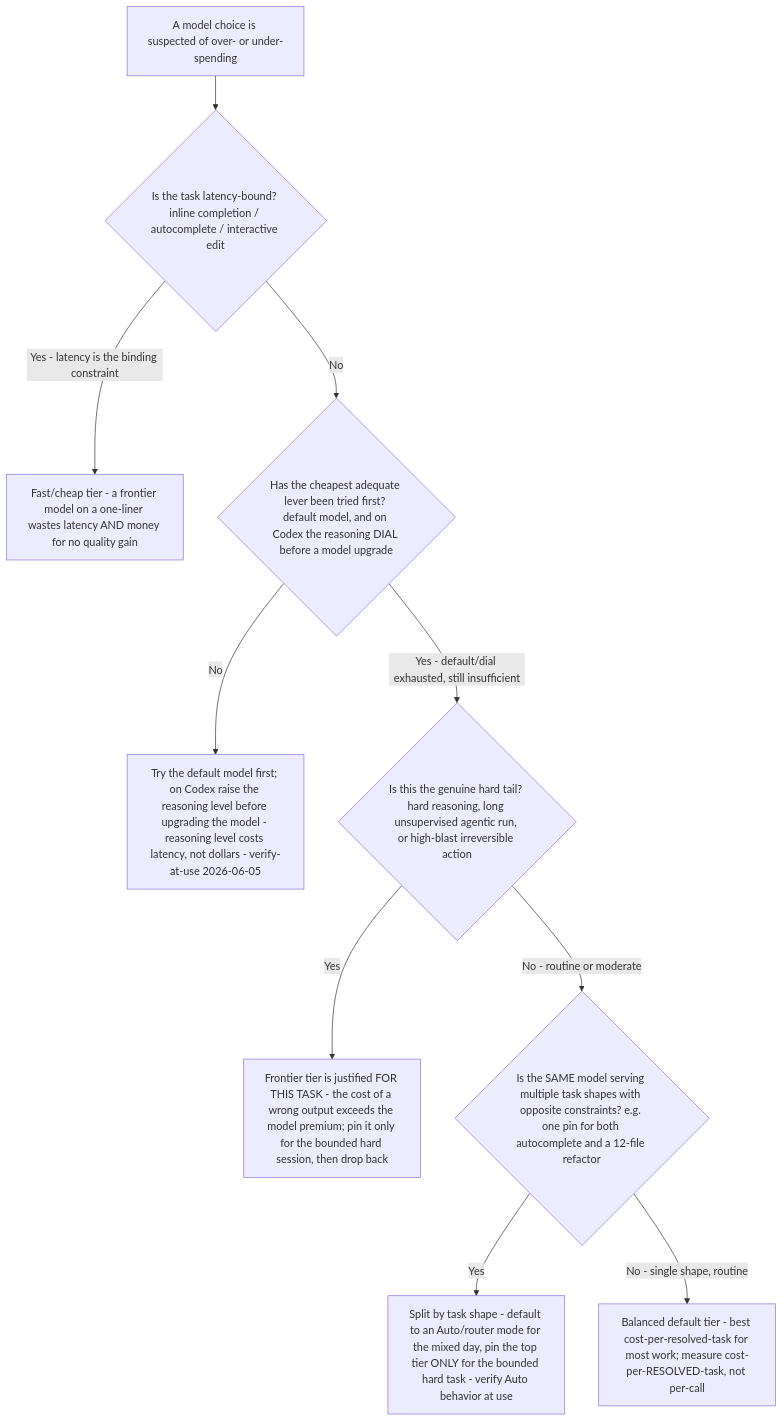
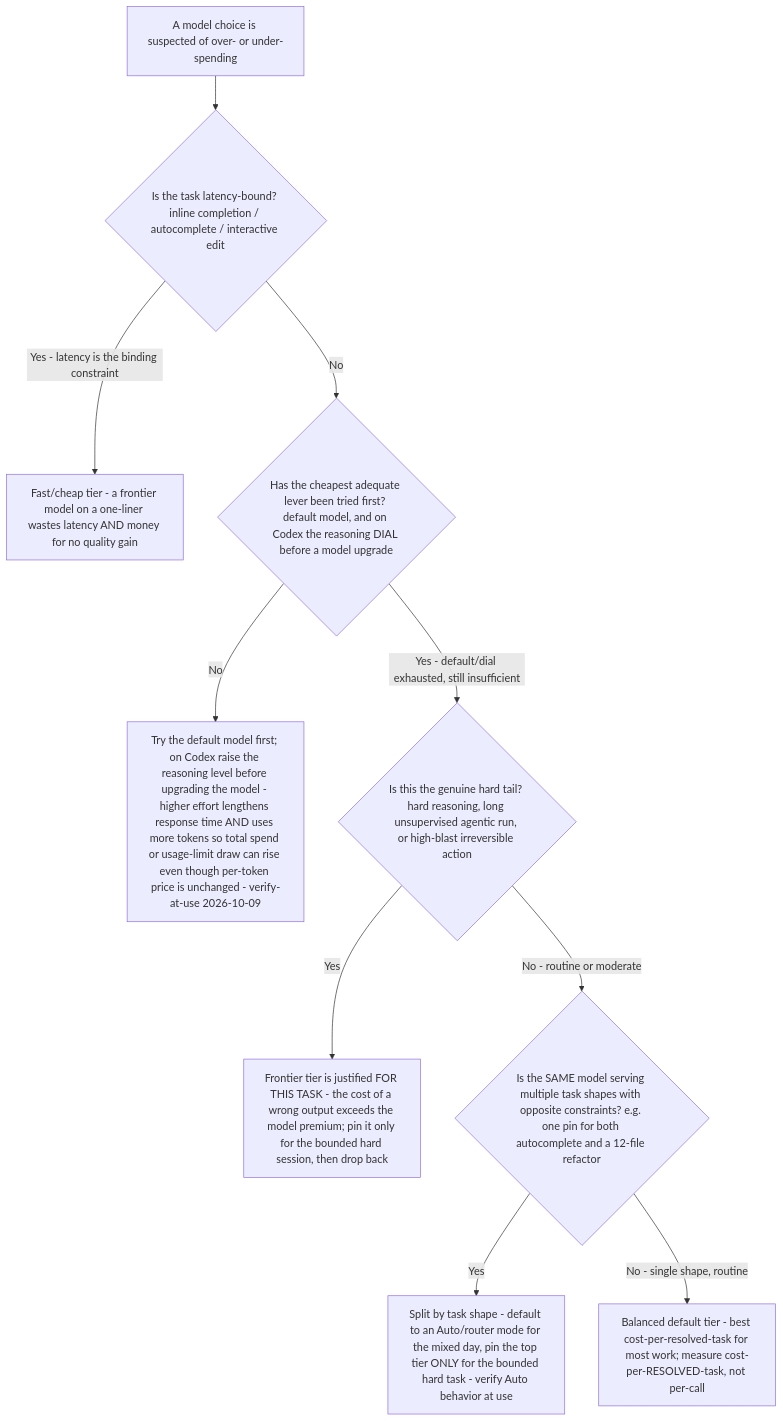
One commit to mcorbett51090/RavenClaude changed the diagram in plugins/ai-coding-model-guidance/knowledge/ai-coding-right-size-cost-decision-tree.md. Above: the diagram before and after it, drawn with Mermaid. The commit also changed other lines of this file and 123 other files, not shown here.

````diff
--- a/plugins/ai-coding-model-guidance/knowledge/ai-coding-right-size-cost-decision-tree.md
+++ b/plugins/ai-coding-model-guidance/knowledge/ai-coding-right-size-cost-decision-tree.md
@@ -17,12 +17,12 @@
 ```mermaid
 flowchart TD
     START[A model choice is suspected of over- or under-spending] --> Q0{Is the task latency-bound? inline completion / autocomplete / interactive edit}
     Q0 -->|Yes - latency is the binding constraint| FAST[Fast/cheap tier - a frontier model on a one-liner wastes latency AND money for no quality gain]
     Q0 -->|No| Q1{Has the cheapest adequate lever been tried first? default model, and on Codex the reasoning DIAL before a model upgrade}
-    Q1 -->|No| CHEAPLEVER[Try the default model first; on Codex raise the reasoning level before upgrading the model - reasoning level costs latency, not dollars - verify-at-use 2026-06-05]
+    Q1 -->|No| CHEAPLEVER[Try the default model first; on Codex raise the reasoning level before upgrading the model - higher effort lengthens response time AND uses more tokens so total spend or usage-limit draw can rise even though per-token price is unchanged - verify-at-use 2026-10-09]
     Q1 -->|Yes - default/dial exhausted, still insufficient| Q2{Is this the genuine hard tail? hard reasoning, long unsupervised agentic run, or high-blast irreversible action}
     Q2 -->|Yes| FRONTIER[Frontier tier is justified FOR THIS TASK - the cost of a wrong output exceeds the model premium; pin it only for the bounded hard session, then drop back]
     Q2 -->|No - routine or moderate| Q3{Is the SAME model serving multiple task shapes with opposite constraints? e.g. one pin for both autocomplete and a 12-file refactor}
     Q3 -->|Yes| SPLIT[Split by task shape - default to an Auto/router mode for the mixed day, pin the top tier ONLY for the bounded hard task - verify Auto behavior at use]
     Q3 -->|No - single shape, routine| BALANCED[Balanced default tier - best cost-per-resolved-task for most work; measure cost-per-RESOLVED-task, not per-call]
 ```
````
